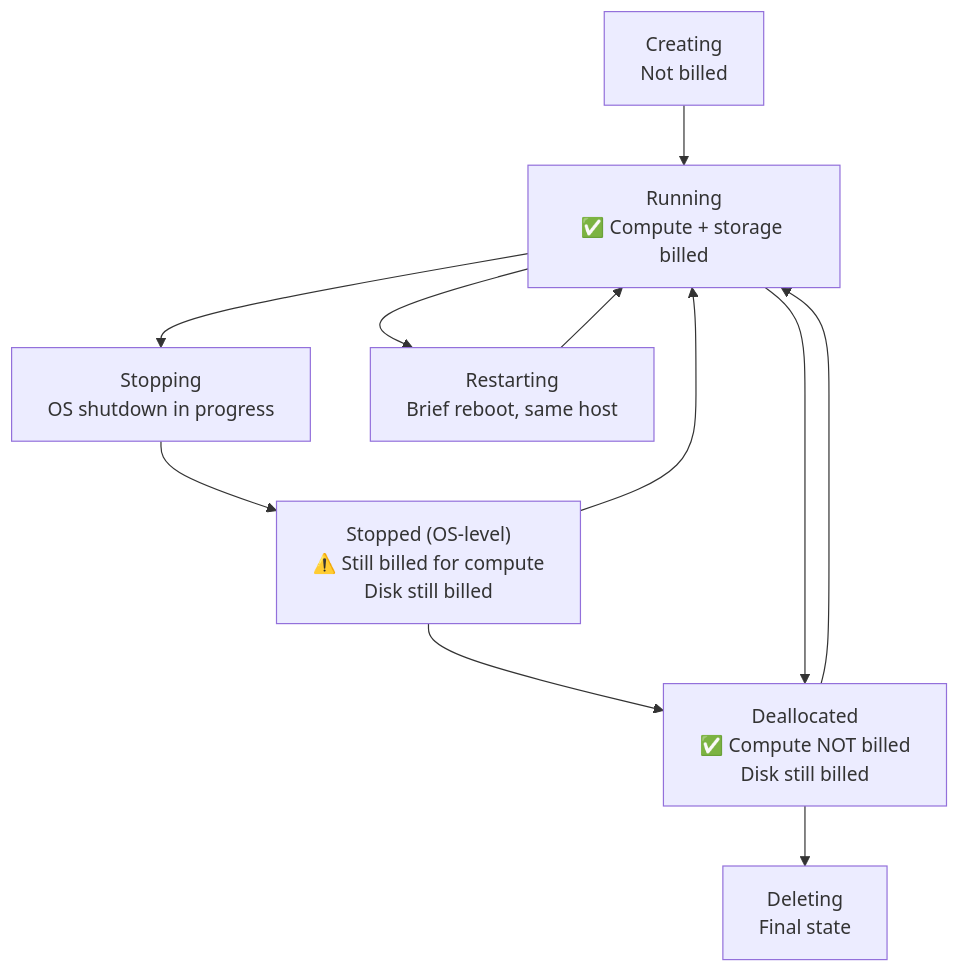
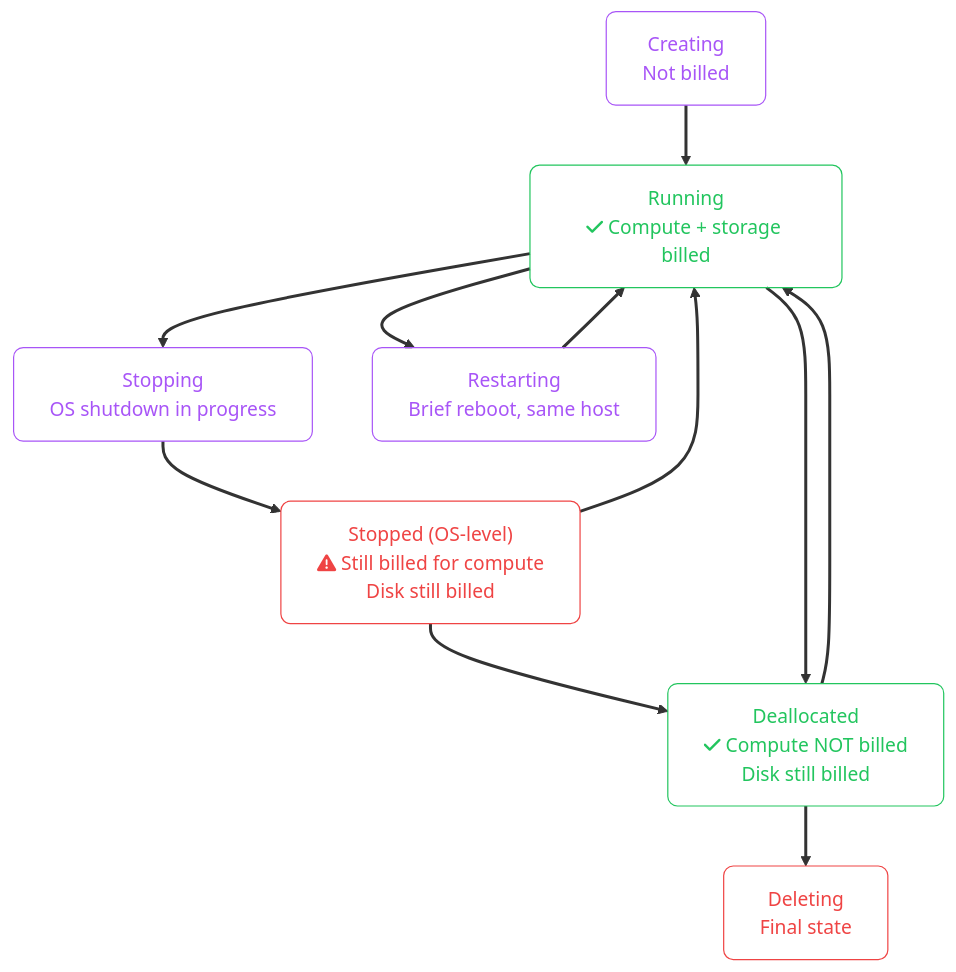
One commit to zafarale/cloudification changed the fifth of 6 diagrams in src/content/cloud/azure/02-intro-vms.mdx. Above: the diagram before and after it, drawn with Mermaid. The commit also changed other lines of this file and 84 other files, not shown here.

````diff
--- a/src/content/cloud/azure/02-intro-vms.mdx
+++ b/src/content/cloud/azure/02-intro-vms.mdx
@@ -180,19 +209,26 @@
 ```mermaid
 flowchart TD
-    CREATING["Creating\nNot billed"]
-    RUNNING["Running\n✅ Compute + storage billed"]
-    STOPPING["Stopping\nOS shutdown in progress"]
-    STOPPED["Stopped (OS-level)\n⚠️ Still billed for compute\nDisk still billed"]
-    DEALLOCATED["Deallocated\n✅ Compute NOT billed\nDisk still billed"]
-    RESTARTING["Restarting\nBrief reboot, same host"]
-    DELETING["Deleting\nFinal state"]
+    accTitle: VM Lifecycle and Billing
+    accDescr: Flowchart (td) showing Creating Not billed, Running Compute storage billed, Stopping OS shutdown in progress
+    classDef step fill:none,stroke:#a855f7,color:#a855f7,rx:8,ry:8
+    classDef ok   fill:none,stroke:#22c55e,color:#22c55e,rx:8,ry:8
+    classDef fail fill:none,stroke:#ef4444,color:#ef4444,rx:8,ry:8
+    linkStyle default stroke-width:2.5px
+
+    CREATING["Creating<br/>Not billed"]:::step
+    RUNNING["Running<br/>fa:fa-check Compute + storage billed"]:::ok
+    STOPPING["Stopping<br/>OS shutdown in progress"]:::step
+    STOPPED["Stopped (OS-level)<br/>fa:fa-triangle-exclamation Still billed for compute<br/>Disk still billed"]:::fail
+    DEALLOCATED["Deallocated<br/>fa:fa-check Compute NOT billed<br/>Disk still billed"]:::ok
+    RESTARTING["Restarting<br/>Brief reboot, same host"]:::step
+    DELETING["Deleting<br/>Final state"]:::fail
 
     CREATING --> RUNNING
     RUNNING --> STOPPING --> STOPPED
     RUNNING --> RESTARTING --> RUNNING
     STOPPED --> RUNNING
     STOPPED --> DEALLOCATED
     DEALLOCATED --> RUNNING
     RUNNING --> DEALLOCATED
     DEALLOCATED --> DELETING
 ```
````
